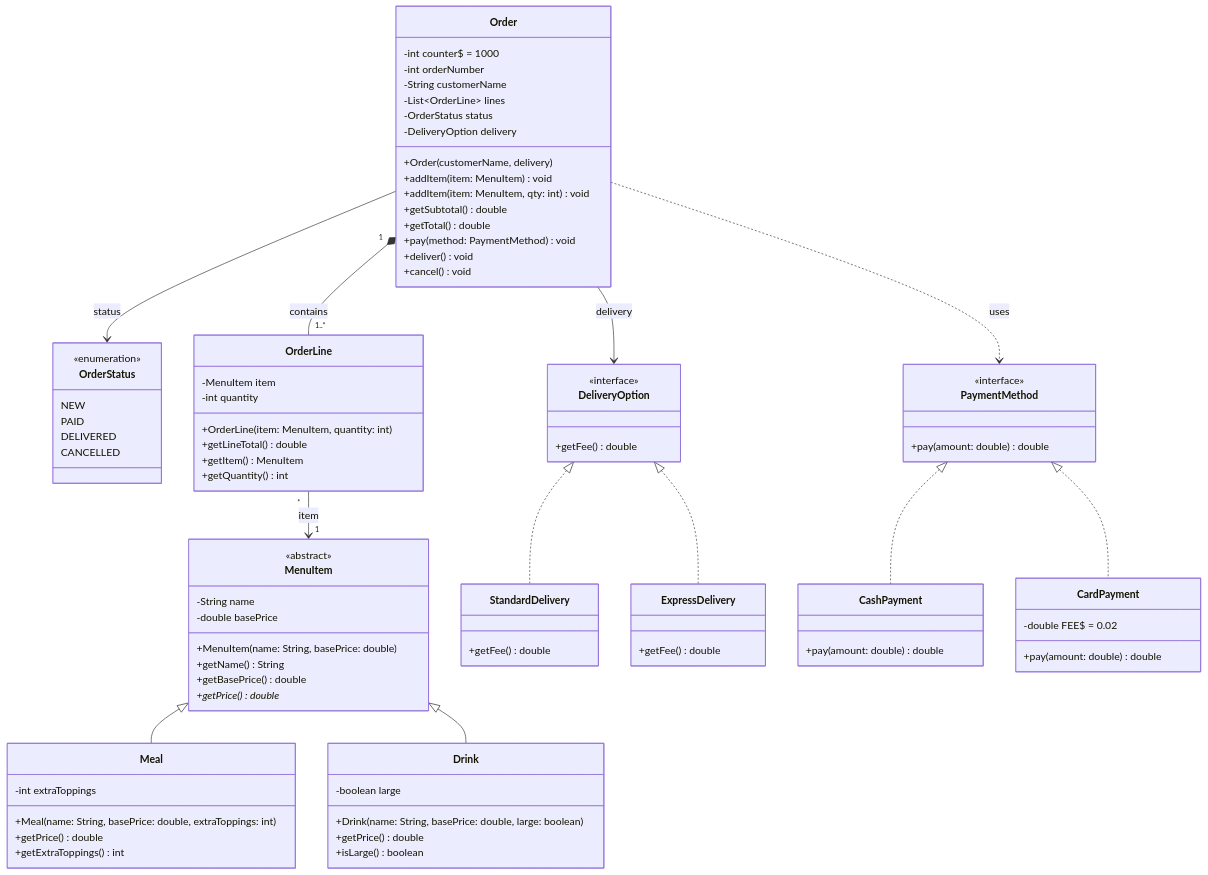
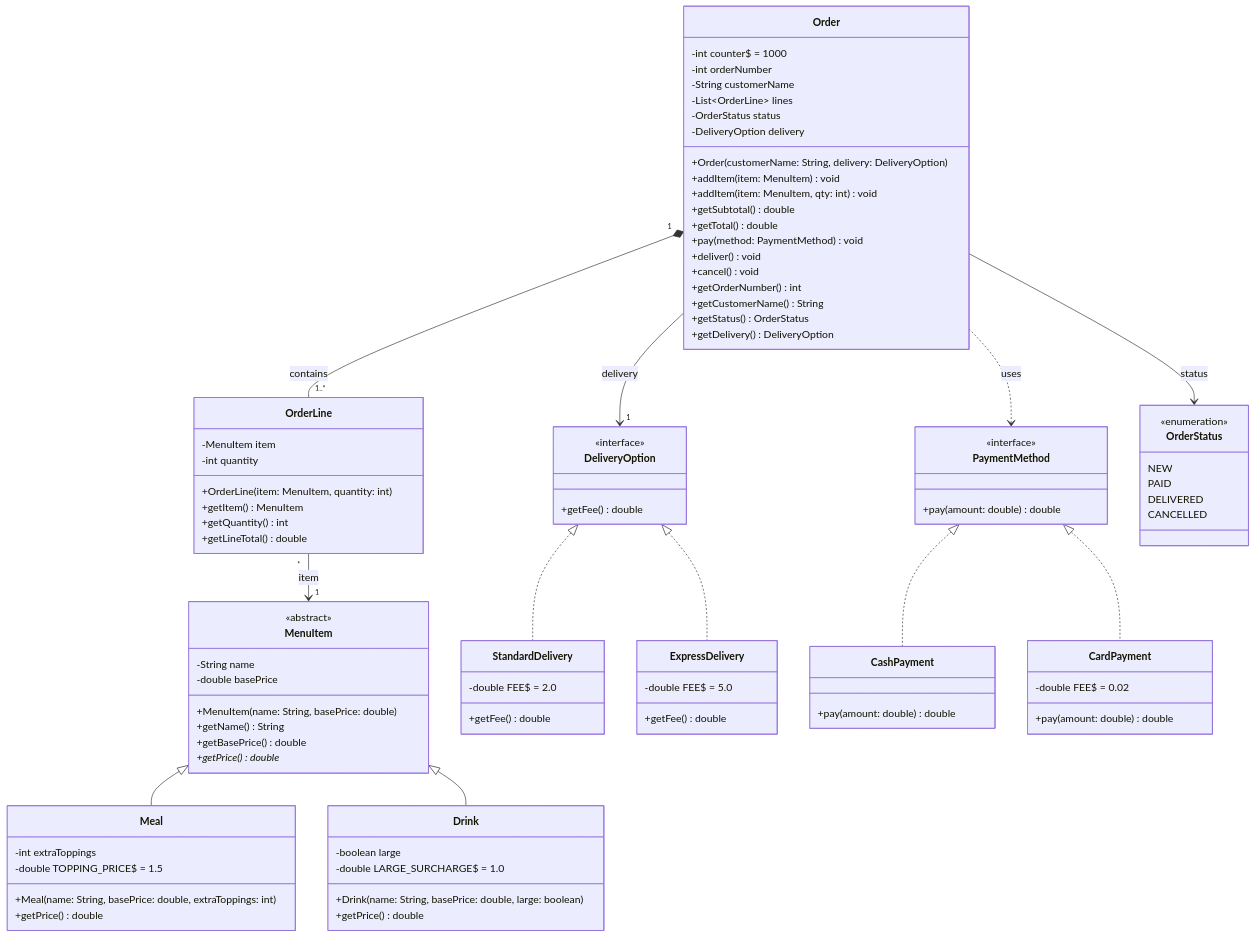
Before and after one commit to abdalluhjber/FoodDeliverySystem-Java: the diagram in README.md, drawn with Mermaid. The commit also changed other lines of this file and 17 other files, not shown here.

Commit message:
Refactor Food Delivery System to strictly match UML diagram specifications

````diff
--- a/README.md
+++ b/README.md
@@ -20,39 +8,5 @@
 ```mermaid
 classDiagram
-    class Order {
-        -int counter$ = 1000
-        -int orderNumber
-        -String customerName
-        -List~OrderLine~ lines
-        -OrderStatus status
-        -DeliveryOption delivery
-        +Order(customerName, delivery)
-        +addItem(item: MenuItem) void
-        +addItem(item: MenuItem, qty: int) void
-        +getSubtotal() double
-        +getTotal() double
-        +pay(method: PaymentMethod) void
-        +deliver() void
-        +cancel() void
-    }
-
-    class OrderStatus {
-        <<enumeration>>
-        NEW
-        PAID
-        DELIVERED
-        CANCELLED
-    }
-
-    class OrderLine {
-        -MenuItem item
-        -int quantity
-        +OrderLine(item: MenuItem, quantity: int)
-        +getLineTotal() double
-        +getItem() MenuItem
-        +getQuantity() int
-    }
-
     class MenuItem {
         <<abstract>>
         -String name
@@ -65,16 +19,25 @@
 
     class Meal {
         -int extraToppings
+        -double TOPPING_PRICE$ = 1.5
         +Meal(name: String, basePrice: double, extraToppings: int)
         +getPrice() double
-        +getExtraToppings() int
     }
 
     class Drink {
         -boolean large
+        -double LARGE_SURCHARGE$ = 1.0
         +Drink(name: String, basePrice: double, large: boolean)
         +getPrice() double
-        +isLarge() boolean
+    }
+
+    class OrderLine {
+        -MenuItem item
+        -int quantity
+        +OrderLine(item: MenuItem, quantity: int)
+        +getItem() MenuItem
+        +getQuantity() int
+        +getLineTotal() double
     }
 
     class DeliveryOption {
@@ -83,10 +46,12 @@
     }
 
     class StandardDelivery {
+        -double FEE$ = 2.0
         +getFee() double
     }
 
     class ExpressDelivery {
+        -double FEE$ = 5.0
         +getFee() double
     }
 
@@ -104,11 +69,34 @@
         +pay(amount: double) double
     }
 
-    Order "1" *-- "1..*" OrderLine : contains
-    OrderLine " * " --> "1" MenuItem : item
-    Order --> DeliveryOption : delivery
-    Order ..> PaymentMethod : uses
-    Order --> OrderStatus : status
+    class OrderStatus {
+        <<enumeration>>
+        NEW
+        PAID
+        DELIVERED
+        CANCELLED
+    }
+
+    class Order {
+        -int counter$ = 1000
+        -int orderNumber
+        -String customerName
+        -List~OrderLine~ lines
+        -OrderStatus status
+        -DeliveryOption delivery
+        +Order(customerName: String, delivery: DeliveryOption)
+        +addItem(item: MenuItem) void
+        +addItem(item: MenuItem, qty: int) void
+        +getSubtotal() double
+        +getTotal() double
+        +pay(method: PaymentMethod) void
+        +deliver() void
+        +cancel() void
+        +getOrderNumber() int
+        +getCustomerName() String
+        +getStatus() OrderStatus
+        +getDelivery() DeliveryOption
+    }
 
     MenuItem <|-- Meal
     MenuItem <|-- Drink
@@ -118,4 +106,10 @@
 
     PaymentMethod <|.. CashPayment
     PaymentMethod <|.. CardPayment
+
+    Order "1" *-- "1..*" OrderLine : contains
+    OrderLine "*" --> "1" MenuItem : item
+    Order --> "1" DeliveryOption : delivery
+    Order ..> PaymentMethod : uses
+    Order --> OrderStatus : status
 ```
````
